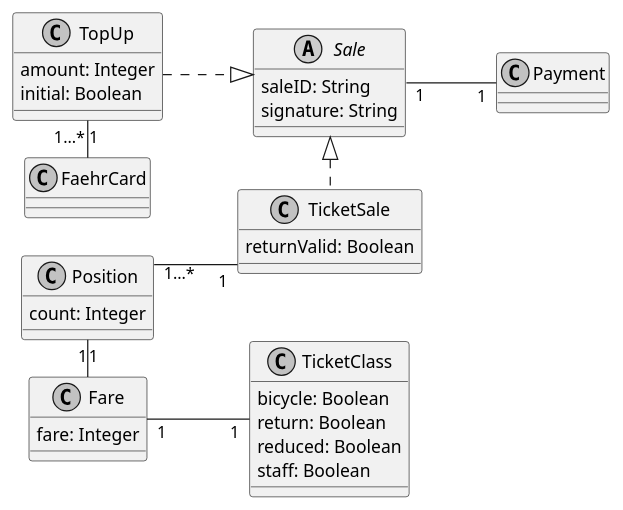
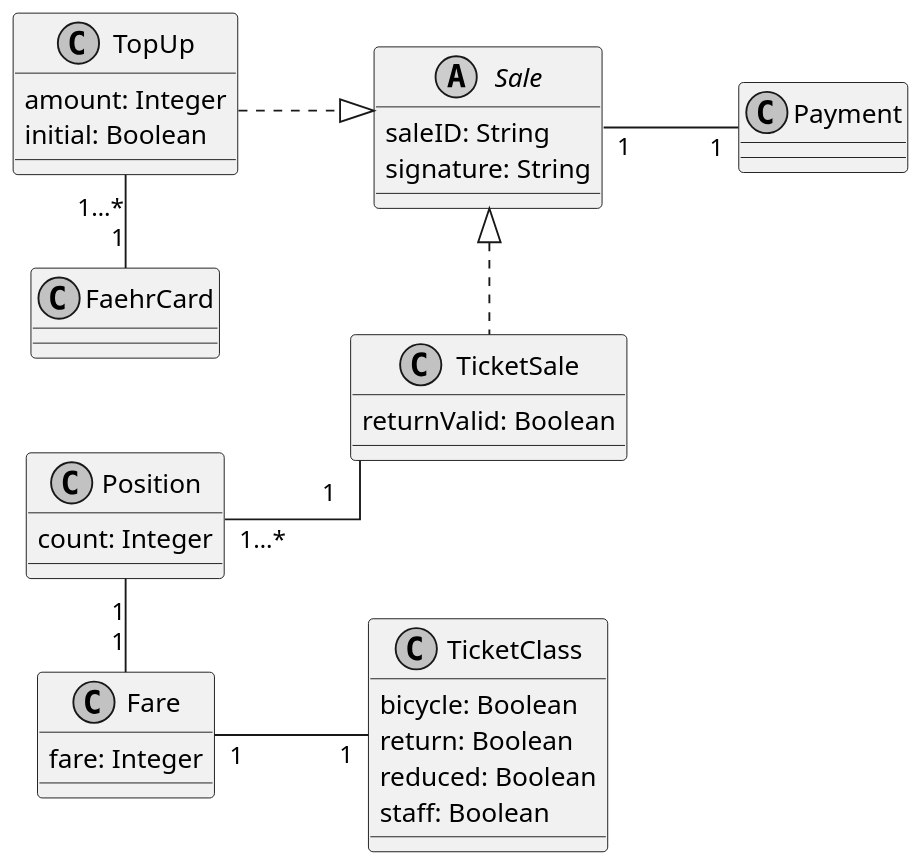
One commit to FerryTix/diagrams changed the diagram in src/class_sales.puml. Above: the diagram before and after it, drawn with PlantUML. The commit also changed 9 other files, not shown here.

Commit message:
increase dpi, add nodesep to rest of diagrams

```diff
--- a/src/class_sales.puml
+++ b/src/class_sales.puml
@@ -1,79 +1,81 @@
 @startuml
 skinparam linetype ortho
 left to right direction
-skinparam nodesep 30
+'skinparam nodesep 30
+skinparam nodesep 50
+scale 1.5
 'title: FerryTix Class Diagram
 skinparam monochrome true
 
 class TicketSale {
     returnValid: Boolean
     ' from: MachineLocation
     'positions: [Position]
 }
 
 class Position {
     ' fare: Fare
     count: Integer
 }
 
 Position "1" - "1" Fare
 Position "1…*" -- "1" TicketSale
 
 Sale "1" -- "1" Payment
 
 class TicketClass {
     bicycle: Boolean
     return: Boolean
     reduced: Boolean
     staff: Boolean
 }
 
 abstract class Sale {
     saleID: String
     'signedBy: VendingMachine
     signature: String
     'payment: Payment
 }
 
 TicketSale ..left|> Sale
 TopUp ..|> Sale
 
 class TopUp {
     'for: FaehrCard
     amount: Integer
     initial: Boolean
 }
 
 'TopUp "1" -- "1" Payment
 FaehrCard "1" -up "1…*" TopUp
 
 class Fare {
     ' ticketClass: TicketClass
     fare: Integer
 }
 
 Fare "1" -- "1" TicketClass
 
 ' enum MachineCommand {
 '     setSignalRed
 '     setSignalGreen
 '     stopVending
 '     startVending
 ' }
 
 
 ' class MachineStatus {
 '     vending: Boolean
 '     waiting: [WaitingPassenger]
 ' }
 
 'WaitingPassenger <- MachineStatus
 
 ' class WaitingPassenger {
 '     ticketClass: TicketClass
 '     waitingSince: DateTime
 ' }
 '
 ' WaitingPassenger --> TicketClass
 
 @enduml
```
